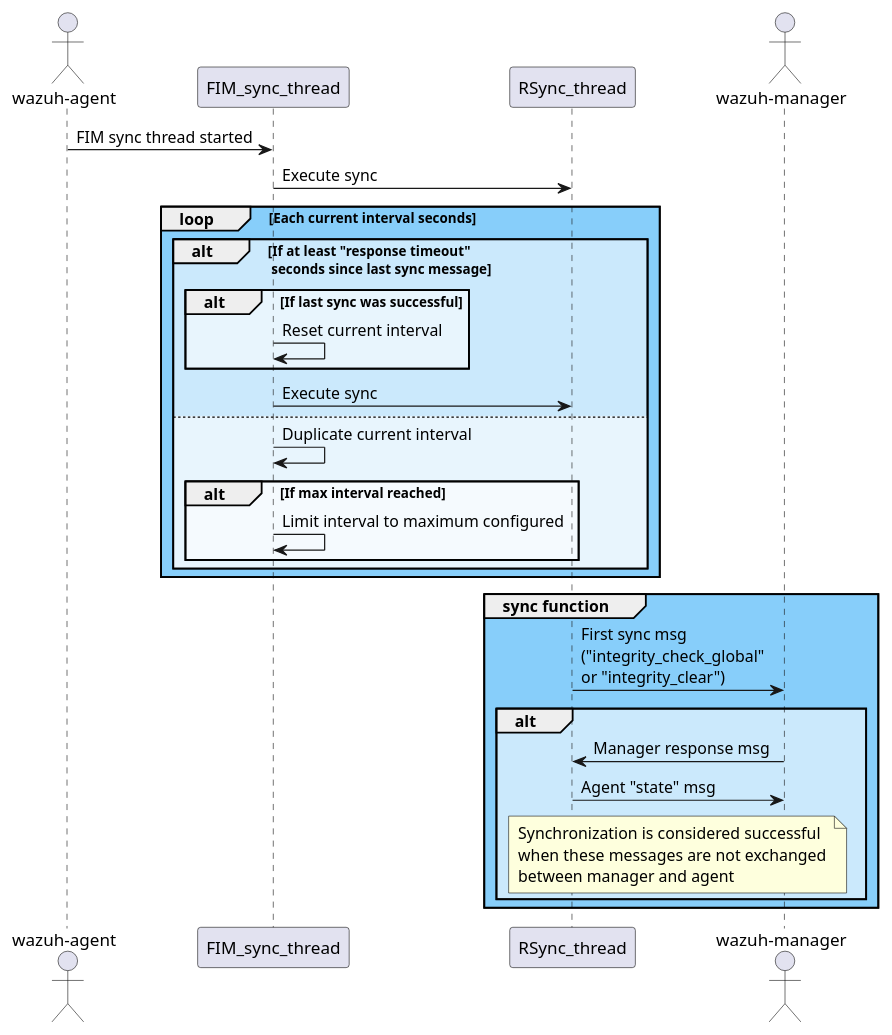
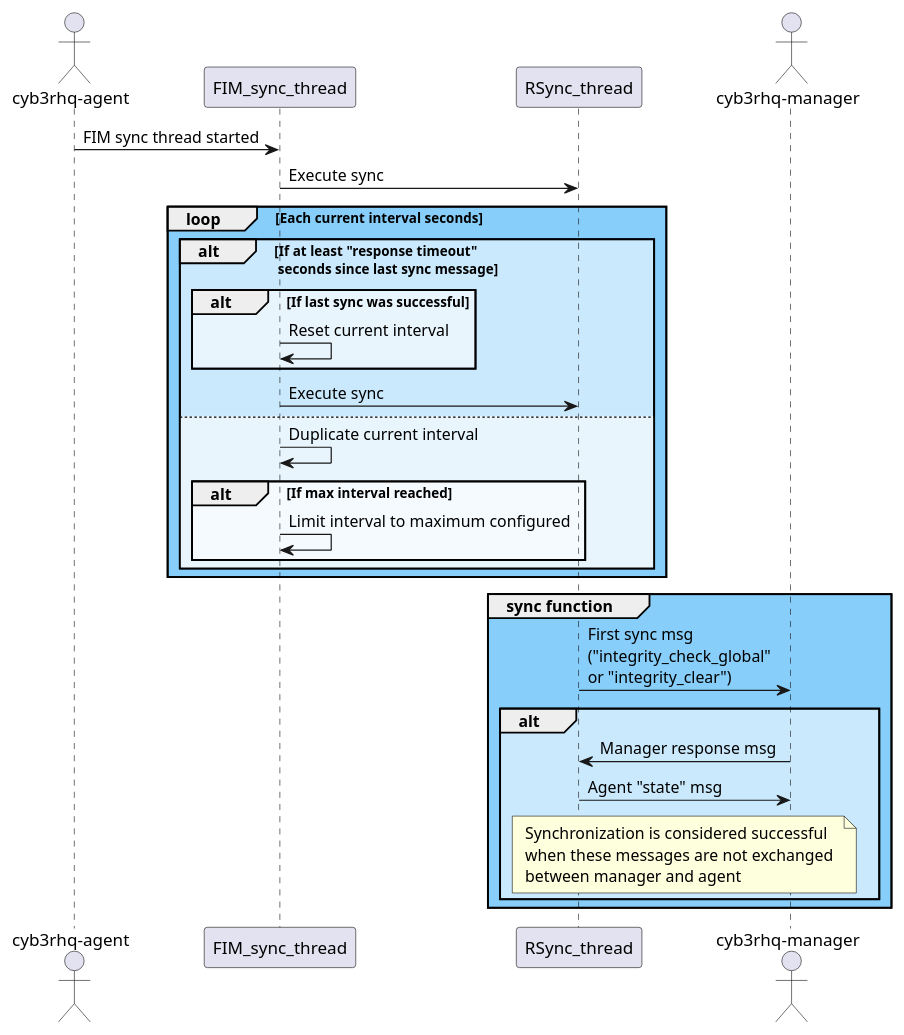
Before and after one commit to Cyb3rhq/cyb3rhq: the diagram in architecture/FIM/db/FIM_sync_algorithm.puml, drawn with PlantUML. The commit also changed other lines of this file and 2972 other files, not shown here.

```diff
--- a/architecture/FIM/db/FIM_sync_algorithm.puml
+++ b/architecture/FIM/db/FIM_sync_algorithm.puml
@@ -5,39 +5,39 @@
 @startuml sequence_diagram_fim_synchronization
-actor "wazuh-agent" as agent
+actor "cyb3rhq-agent" as agent
 participant FIM_sync_thread
 participant RSync_thread
-actor "wazuh-manager" as manager
+actor "cyb3rhq-manager" as manager
 
 skinparam SequenceGroupBodyBackgroundColor #FFFFFF90
 
 agent -> FIM_sync_thread : FIM sync thread started
 FIM_sync_thread -> RSync_thread : Execute sync
 
 loop #LightSkyBlue Each current interval seconds
     alt If at least "response timeout"\n seconds since last sync message
         alt If last sync was successful
             FIM_sync_thread -> FIM_sync_thread: Reset current interval
         end
         FIM_sync_thread -> RSync_thread : Execute sync
     else
         FIM_sync_thread -> FIM_sync_thread: Duplicate current interval
         alt If max interval reached
             FIM_sync_thread -> FIM_sync_thread: Limit interval to maximum configured
         end
     end
 end loop
 
 group #LightSkyBlue sync function
     RSync_thread -> manager : First sync msg\n("integrity_check_global"\nor "integrity_clear")
     alt
         manager -> RSync_thread : Manager response msg
         RSync_thread -> manager : Agent "state" msg
         note over RSync_thread, manager
         Synchronization is considered successful
         when these messages are not exchanged
         between manager and agent
         end note
     end
 end
 
 @enduml
```
